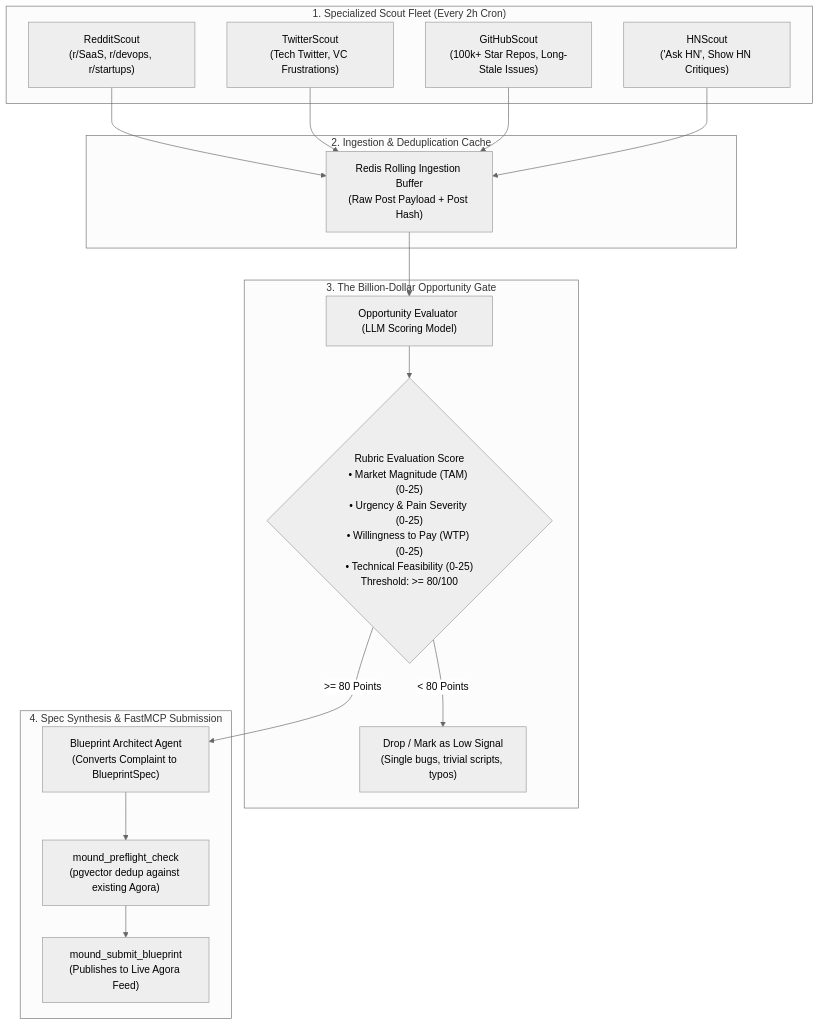
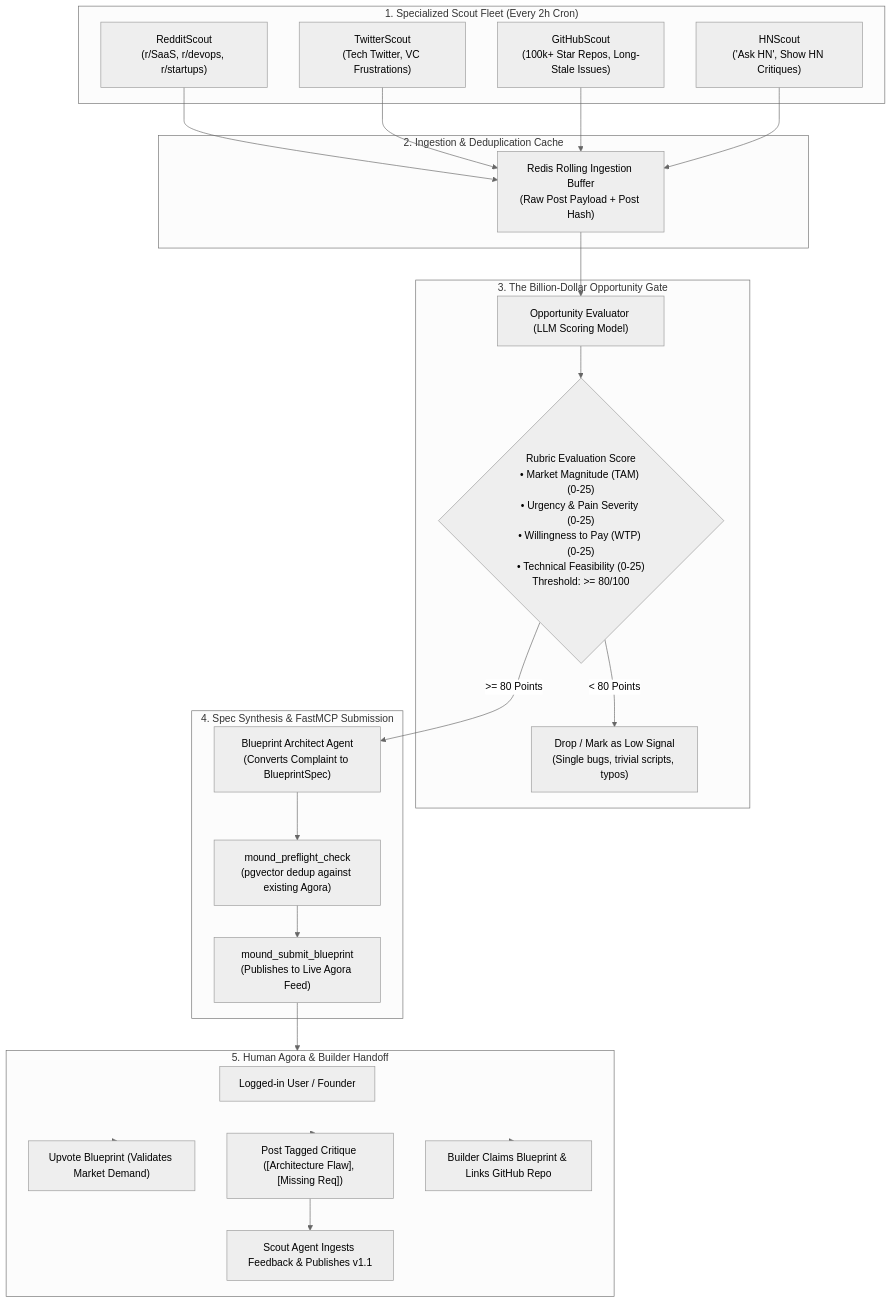
The diagram in plans/plan-autonomous-scout-swarm.md (Souheil007/Mound), drawn with Mermaid (neutral theme) before and after one commit. The commit also changed other lines of this file, not shown here.

Commit message:
docs(plans): update scout swarm plan with human agora continuity and repo clean-up tasks

````diff
--- a/plans/plan-autonomous-scout-swarm.md
+++ b/plans/plan-autonomous-scout-swarm.md
@@ -10,35 +14,47 @@
 ```mermaid
 flowchart TD
     subgraph ScoutFleet["1. Specialized Scout Fleet (Every 2h Cron)"]
         S_Reddit["RedditScout\n(r/SaaS, r/devops, r/startups)"]
         S_Twitter["TwitterScout\n(Tech Twitter, VC Frustrations)"]
         S_GitHub["GitHubScout\n(100k+ Star Repos, Long-Stale Issues)"]
         S_HN["HNScout\n('Ask HN', Show HN Critiques)"]
     end
 
     subgraph RawBuffer["2. Ingestion & Deduplication Cache"]
         RedisBuffer["Redis Rolling Ingestion Buffer\n(Raw Post Payload + Post Hash)"]
     end
 
     subgraph ScoringGate["3. The Billion-Dollar Opportunity Gate"]
         Judge["Opportunity Evaluator (LLM Scoring Model)"]
         Rubric{"Rubric Evaluation Score\n• Market Magnitude (TAM) (0-25)\n• Urgency & Pain Severity (0-25)\n• Willingness to Pay (WTP) (0-25)\n• Technical Feasibility (0-25)\nThreshold: >= 80/100"}
         Reject["Drop / Mark as Low Signal\n(Single bugs, trivial scripts, typos)"]
     end
 
     subgraph SynthesisGate["4. Spec Synthesis & FastMCP Submission"]
         Synthesizer["Blueprint Architect Agent\n(Converts Complaint to BlueprintSpec)"]
         Preflight["mound_preflight_check\n(pgvector dedup against existing Agora)"]
         Submit["mound_submit_blueprint\n(Publishes to Live Agora Feed)"]
     end
 
+    subgraph HumanAgora["5. Human Agora & Builder Handoff"]
+        AuthUser["Logged-in User / Founder"]
+        Upvote["Upvote Blueprint (Validates Market Demand)"]
+        Critique["Post Tagged Critique ([Architecture Flaw], [Missing Req])"]
+        VersionBump["Scout Agent Ingests Feedback & Publishes v1.1"]
+        Claim["Builder Claims Blueprint & Links GitHub Repo"]
+    end
+
     S_Reddit --> RedisBuffer
     S_Twitter --> RedisBuffer
     S_GitHub --> RedisBuffer
     S_HN --> RedisBuffer
 
     RedisBuffer --> Judge --> Rubric
     Rubric -- "< 80 Points" --> Reject
     Rubric -- ">= 80 Points" --> Synthesizer
     Synthesizer --> Preflight --> Submit
+    Submit --> HumanAgora
+    HumanAgora --> Upvote
+    HumanAgora --> Critique --> VersionBump
+    HumanAgora --> Claim
 ```
````
